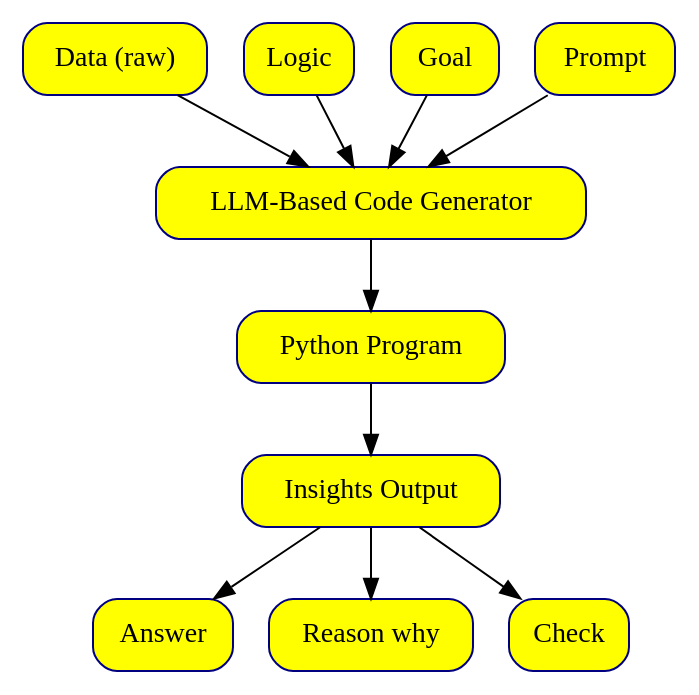
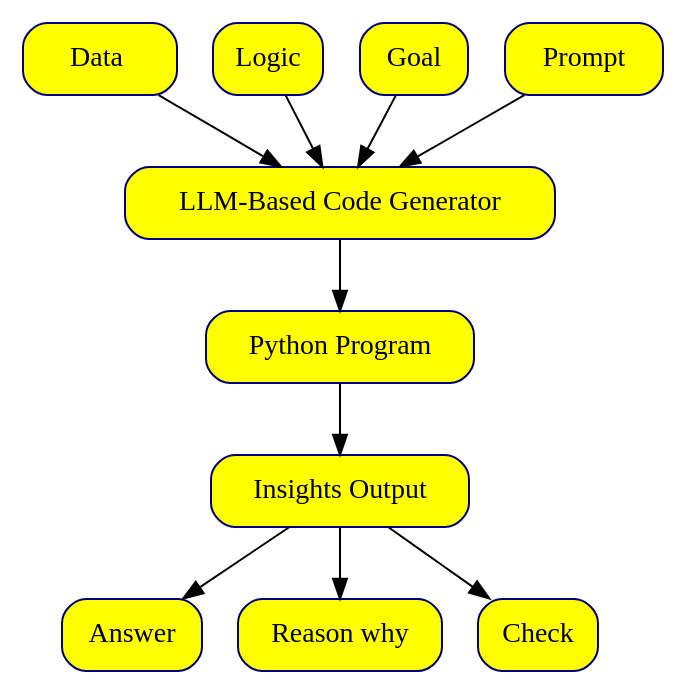
The diagram in teaching/images/EYE-teaching.dot (eyereasoner/eye), drawn with Graphviz before and after one commit. The commit also changed 2 other files, not shown here.

```diff
--- a/teaching/images/EYE-teaching.dot
+++ b/teaching/images/EYE-teaching.dot
@@ -1,22 +1,22 @@
 digraph {
 	bgcolor=white fontname=Helvetica rankdir=TB
-	Data [label="Data (raw)" color=navy fillcolor="#FFFF00" shape=box style="rounded,filled"]
+	Data [label="   Data   " color=navy fillcolor="#FFFF00" shape=box style="rounded,filled"]
 	Logic [label=Logic color=navy fillcolor="#FFFF00" shape=box style="rounded,filled"]
 	Goal [label=Goal color=navy fillcolor="#FFFF00" shape=box style="rounded,filled"]
-	Prompt [label=Prompt color=navy fillcolor="#FFFF00" shape=box style="rounded,filled"]
+	Prompt [label=" Prompt " color=navy fillcolor="#FFFF00" shape=box style="rounded,filled"]
 	LLM [label="LLM-Based Code Generator" color=navy fillcolor="#FFFF00" shape=box style="rounded,filled"]
 	PythonProgram [label="Python Program" color=navy fillcolor="#FFFF00" shape=box style="rounded,filled"]
 	Insights [label="Insights Output" color=navy fillcolor="#FFFF00" shape=box style="rounded,filled"]
 	Answer [label=Answer color=navy fillcolor="#FFFF00" shape=box style="rounded,filled"]
 	Insights -> Answer
 	Reason [label="Reason why" color=navy fillcolor="#FFFF00" shape=box style="rounded,filled"]
 	Insights -> Reason
 	Check [label=Check color=navy fillcolor="#FFFF00" shape=box style="rounded,filled"]
 	Insights -> Check
 	Data -> LLM
 	Logic -> LLM
 	Goal -> LLM
 	Prompt -> LLM
 	LLM -> PythonProgram
 	PythonProgram -> Insights
 }
```
